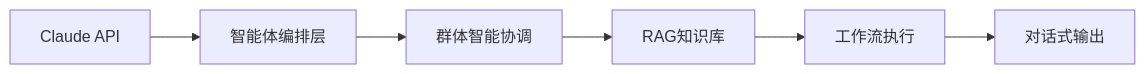
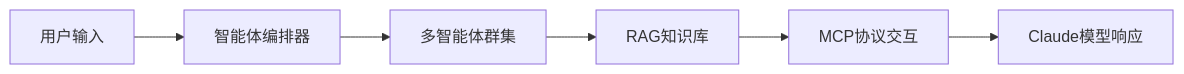
One commit to wayyoungboy/github-trending-reporter changed the eighth of 12 diagrams in reports/2026/01/2026-01-13.md. Above: the diagram before and after it, drawn with Mermaid. The commit also changed other lines of this file and 1 other file, not shown here.

````diff
--- a/reports/2026/01/2026-01-13.md
+++ b/reports/2026/01/2026-01-13.md
@@ -411,8 +417,8 @@
 ```mermaid
 graph LR
-    A[Claude API] --> B[智能体编排层]
-    B --> C[群体智能协调]
+    A[用户输入] --> B[智能体编排器]
+    B --> C[多智能体群集]
     C --> D[RAG知识库]
-    D --> E[工作流执行]
-    E --> F[对话式输出]
+    D --> E[MCP协议交互]
+    E --> F[Claude模型响应]
 ```
````
